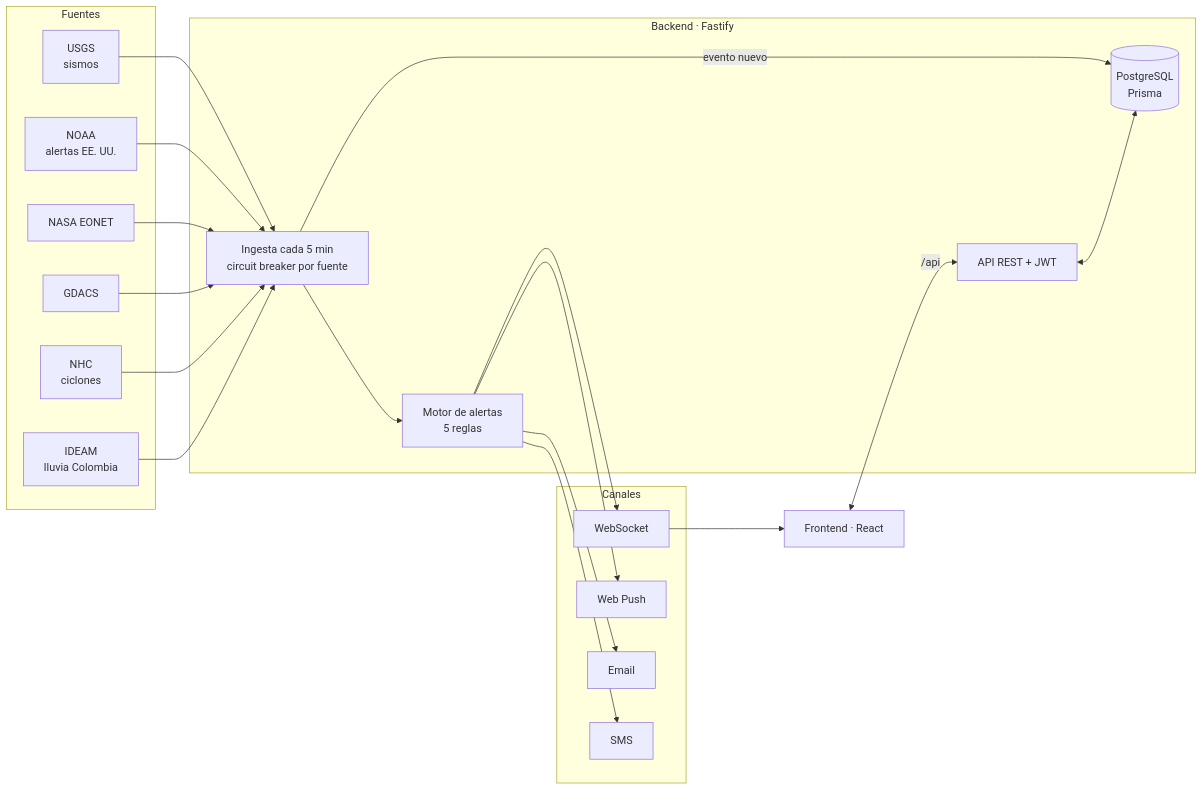
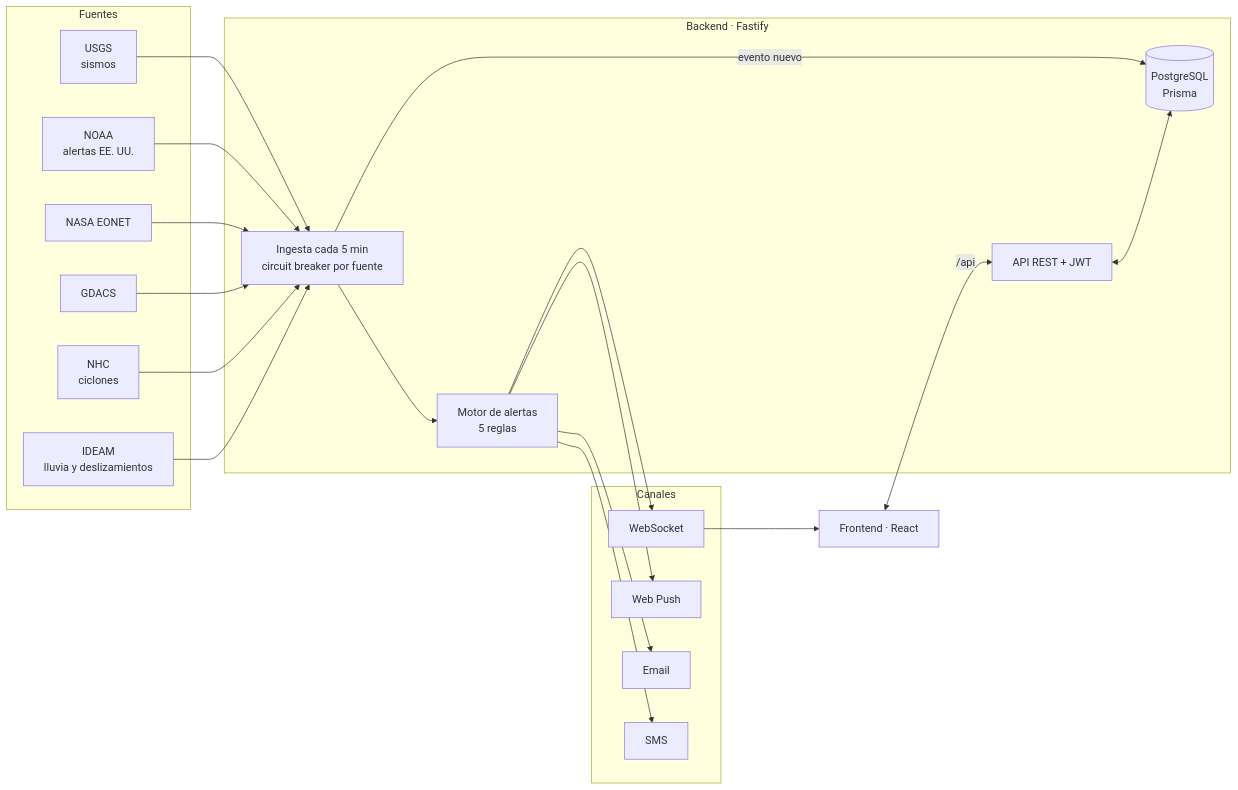
Before and after one commit to armado719/ALERTA360: the diagram in README.md, drawn with Mermaid. The commit also changed other lines of this file and 2 other files, not shown here.

First line of the commit message:
docs: diagrama de arquitectura en el README y bitácora al día

````diff
--- a/README.md
+++ b/README.md
@@ -50,33 +56,33 @@
 ```mermaid
 flowchart LR
     subgraph Fuentes
         USGS[USGS<br/>sismos]
         NOAA[NOAA<br/>alertas EE. UU.]
         EONET[NASA EONET]
         GDACS[GDACS]
         NHC[NHC<br/>ciclones]
-        IDEAM[IDEAM<br/>lluvia Colombia]
+        IDEAM[IDEAM<br/>lluvia y deslizamientos]
     end
 
     subgraph Backend [Backend · Fastify]
         ING[Ingesta cada 5 min<br/>circuit breaker por fuente]
         DB[(PostgreSQL<br/>Prisma)]
         MATCH[Motor de alertas<br/>5 reglas]
         API[API REST + JWT]
     end
 
     subgraph Canales
         WS[WebSocket]
         PUSH[Web Push]
         MAIL[Email]
         SMS[SMS]
     end
 
     USGS & NOAA & EONET & GDACS & NHC & IDEAM --> ING
     ING -->|evento nuevo| DB
     ING --> MATCH
     MATCH --> WS & PUSH & MAIL & SMS
     API <--> DB
     FE[Frontend · React] <-->|/api| API
     WS --> FE
 ```
````
